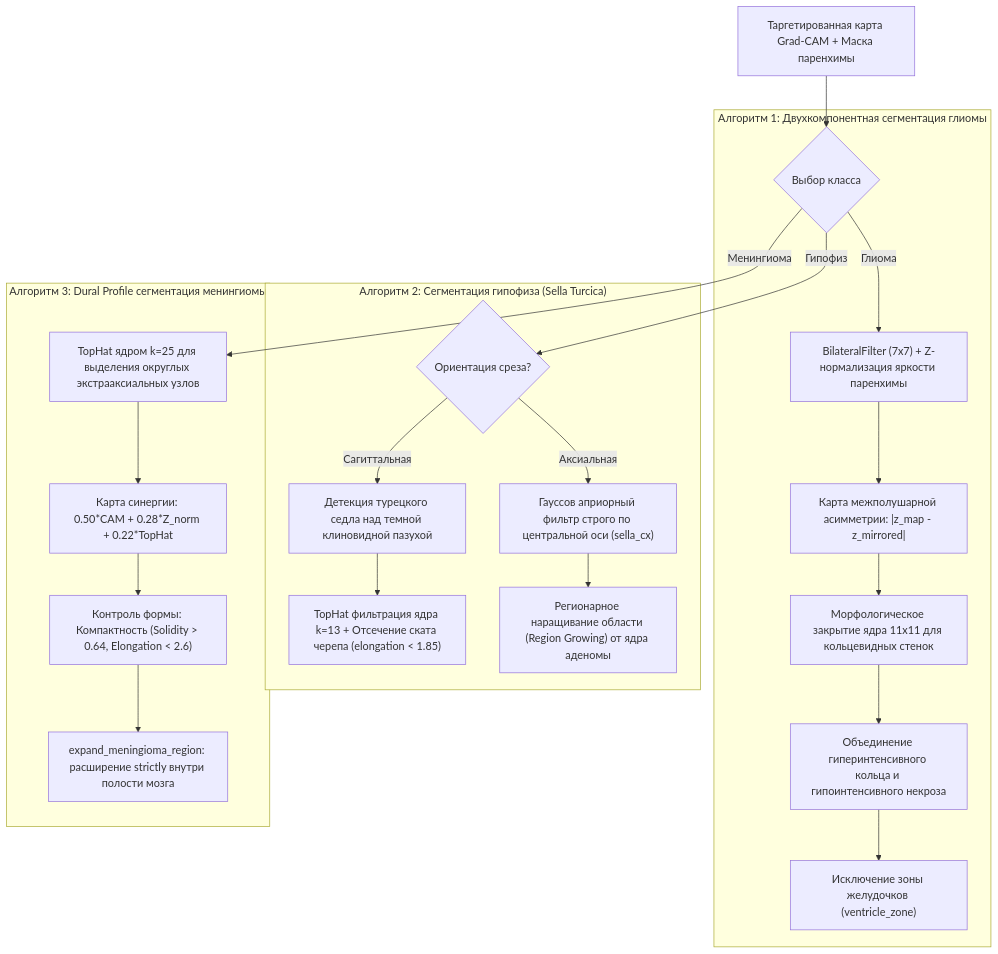
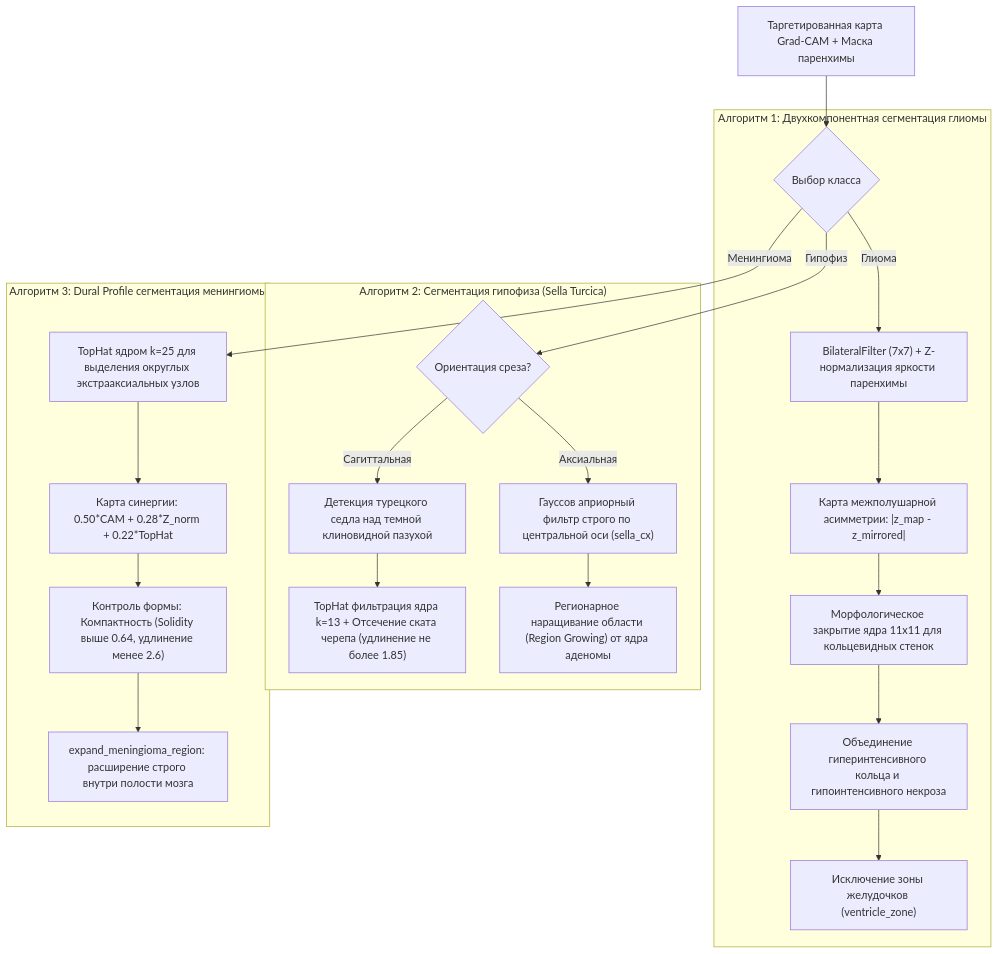
Before and after one commit to marklemesev-spec/mri-brain-tumors: diagram 14 of 15 in README.md, drawn with Mermaid. The commit also changed other lines of this file, not shown here.

````diff
--- a/README.md
+++ b/README.md
@@ -573,27 +572,27 @@
 ```mermaid
 flowchart TD
     A["Таргетированная карта Grad-CAM + Маска паренхимы"] --> B{"Выбор класса"}
     
     subgraph Glioma_Engine["Алгоритм 1: Двухкомпонентная сегментация глиомы"]
         B -->|Глиома| G1["BilateralFilter (7x7) + Z-нормализация яркости паренхимы"]
         G1 --> G2["Карта межполушарной асимметрии: |z_map - z_mirrored|"]
         G2 --> G3["Морфологическое закрытие ядра 11x11 для кольцевидных стенок"]
         G3 --> G4["Объединение гиперинтенсивного кольца и гипоинтенсивного некроза"]
         G4 --> G5["Исключение зоны желудочков (ventricle_zone)"]
     end
 
     subgraph Pituitary_Engine["Алгоритм 2: Сегментация гипофиза (Sella Turcica)"]
         B -->|Гипофиз| P1{"Ориентация среза?"}
         P1 -->|Сагиттальная| P2["Детекция турецкого седла над темной клиновидной пазухой"]
-        P2 --> P3["TopHat фильтрация ядра k=13 + Отсечение ската черепа (elongation < 1.85)"]
+        P2 --> P3["TopHat фильтрация ядра k=13 + Отсечение ската черепа (удлинение не более 1.85)"]
         P1 -->|Аксиальная| P4["Гауссов априорный фильтр строго по центральной оси (sella_cx)"]
         P4 --> P5["Регионарное наращивание области (Region Growing) от ядра аденомы"]
     end
 
     subgraph Meningioma_Engine["Алгоритм 3: Dural Profile сегментация менингиомы"]
         B -->|Менингиома| M1["TopHat ядром k=25 для выделения округлых экстрааксиальных узлов"]
         M1 --> M2["Карта синергии: 0.50*CAM + 0.28*Z_norm + 0.22*TopHat"]
-        M2 --> M3["Контроль формы: Компактность (Solidity > 0.64, Elongation < 2.6)"]
-        M3 --> M4["expand_meningioma_region: расширение strictly внутри полости мозга"]
+        M2 --> M3["Контроль формы: Компактность (Solidity выше 0.64, удлинение менее 2.6)"]
+        M3 --> M4["expand_meningioma_region: расширение строго внутри полости мозга"]
     end
 ```
````
